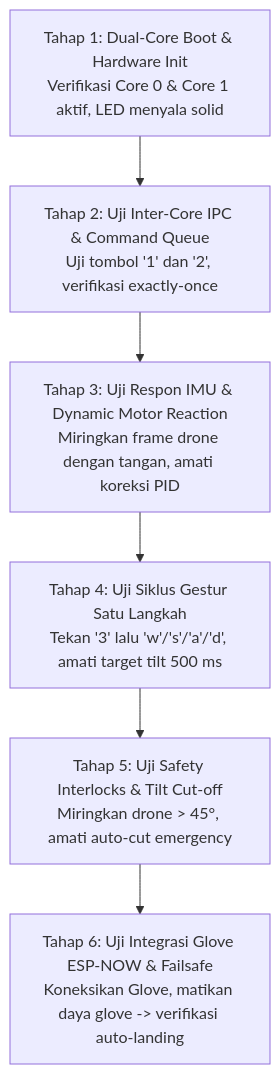
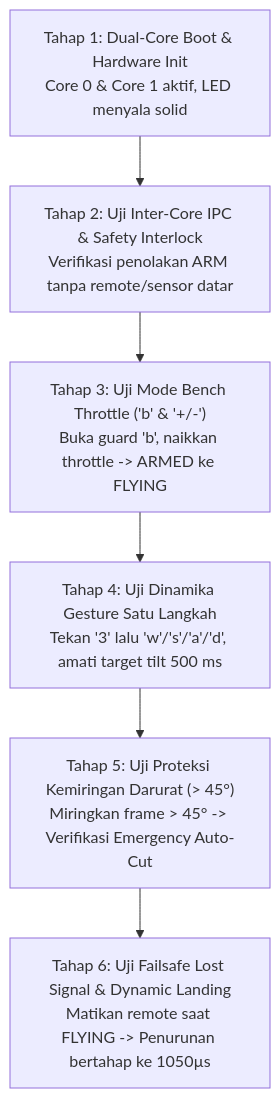
Before and after one commit to qiuFrrl/QuadcopterF450: the fifth of 5 diagrams in arsitektur.md, drawn with Mermaid. The commit also changed other lines of this file and 11 other files, not shown here.

````diff
--- a/arsitektur.md
+++ b/arsitektur.md
@@ -581,8 +478,8 @@
 ```mermaid
 graph TD
-    T1["Tahap 1: Dual-Core Boot & Hardware Init<br/>Verifikasi Core 0 & Core 1 aktif, LED menyala solid"] --> T2["Tahap 2: Uji Inter-Core IPC & Command Queue<br/>Uji tombol '1' dan '2', verifikasi exactly-once"]
-    T2 --> T3["Tahap 3: Uji Respon IMU & Dynamic Motor Reaction<br/>Miringkan frame drone dengan tangan, amati koreksi PID"]
-    T3 --> T4["Tahap 4: Uji Siklus Gestur Satu Langkah<br/>Tekan '3' lalu 'w'/'s'/'a'/'d', amati target tilt 500 ms"]
-    T4 --> T5["Tahap 5: Uji Safety Interlocks & Tilt Cut-off<br/>Miringkan drone > 45°, amati auto-cut emergency"]
-    T5 --> T6["Tahap 6: Uji Integrasi Glove ESP-NOW & Failsafe<br/>Koneksikan Glove, matikan daya glove -> verifikasi auto-landing"]
+    T1["Tahap 1: Dual-Core Boot & Hardware Init<br/>Core 0 & Core 1 aktif, LED menyala solid"] --> T2["Tahap 2: Uji Inter-Core IPC & Safety Interlock<br/>Verifikasi penolakan ARM tanpa remote/sensor datar"]
+    T2 --> T3["Tahap 3: Uji Mode Bench Throttle ('b' & '+/-')<br/>Buka guard 'b', naikkan throttle -> ARMED ke FLYING"]
+    T3 --> T4["Tahap 4: Uji Dinamika Gesture Satu Langkah<br/>Tekan '3' lalu 'w'/'s'/'a'/'d', amati target tilt 500 ms"]
+    T4 --> T5["Tahap 5: Uji Proteksi Kemiringan Darurat (> 45°)<br/>Miringkan frame > 45° -> Verifikasi Emergency Auto-Cut"]
+    T5 --> T6["Tahap 6: Uji Failsafe Lost Signal & Dynamic Landing<br/>Matikan remote saat FLYING -> Penurunan bertahap ke 1050µs"]
 ```
````
